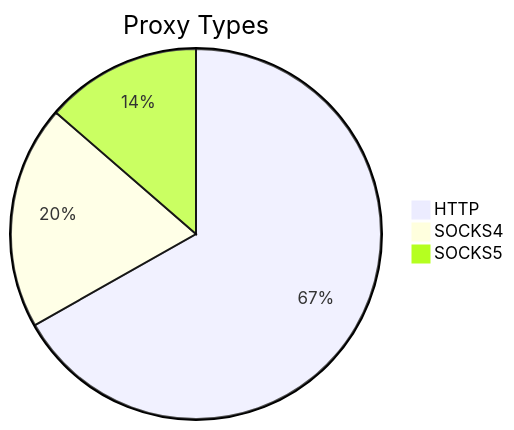
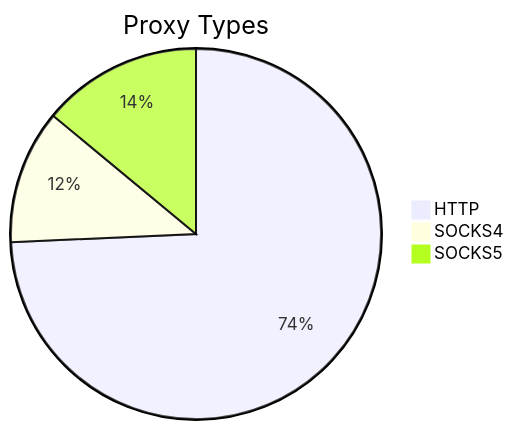
The first of 2 diagrams in README.md (stormsia/proxy-list), drawn with Mermaid before and after one commit. The commit also changed other lines of this file, not shown here.

````diff
--- a/README.md
+++ b/README.md
@@ -21,6 +21,6 @@
 ```mermaid
 pie title Proxy Types
-    "HTTP" : 799
-    "SOCKS4" : 234
-    "SOCKS5" : 163
+    "HTTP" : 584
+    "SOCKS4" : 92
+    "SOCKS5" : 110
 ```
````
